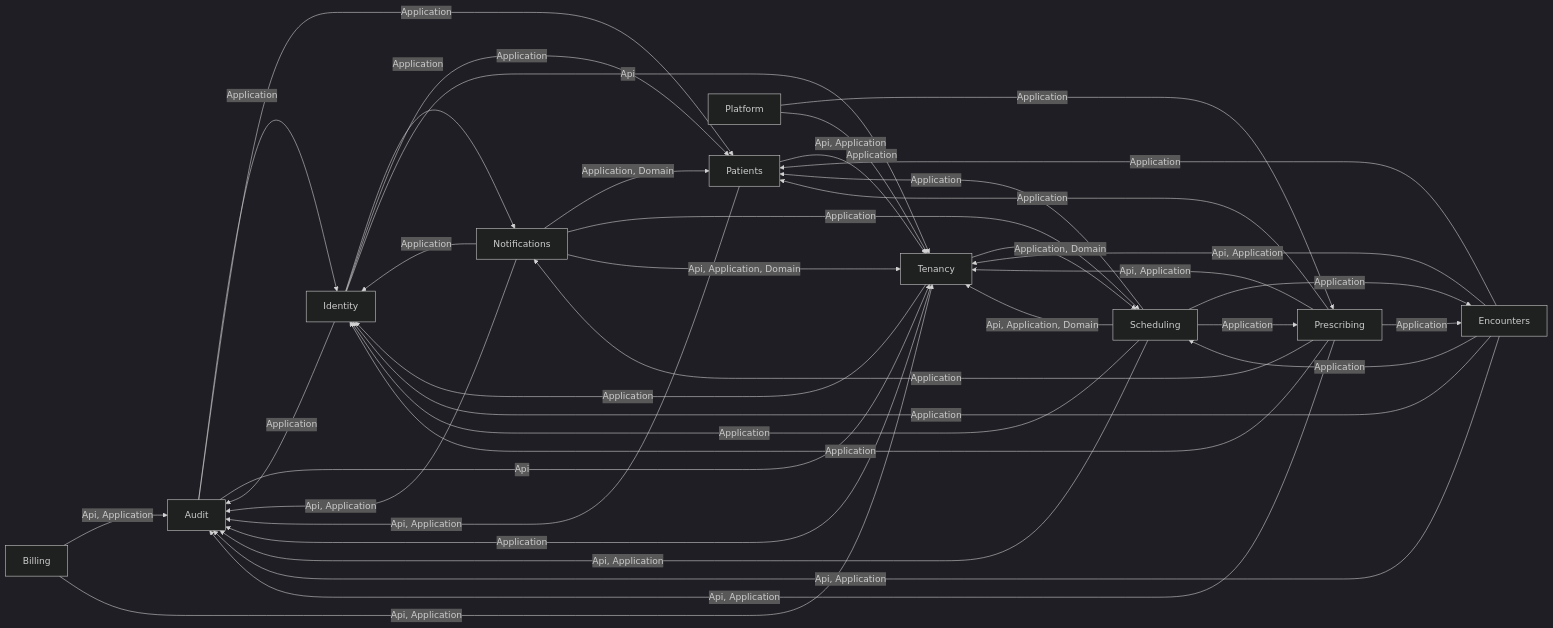
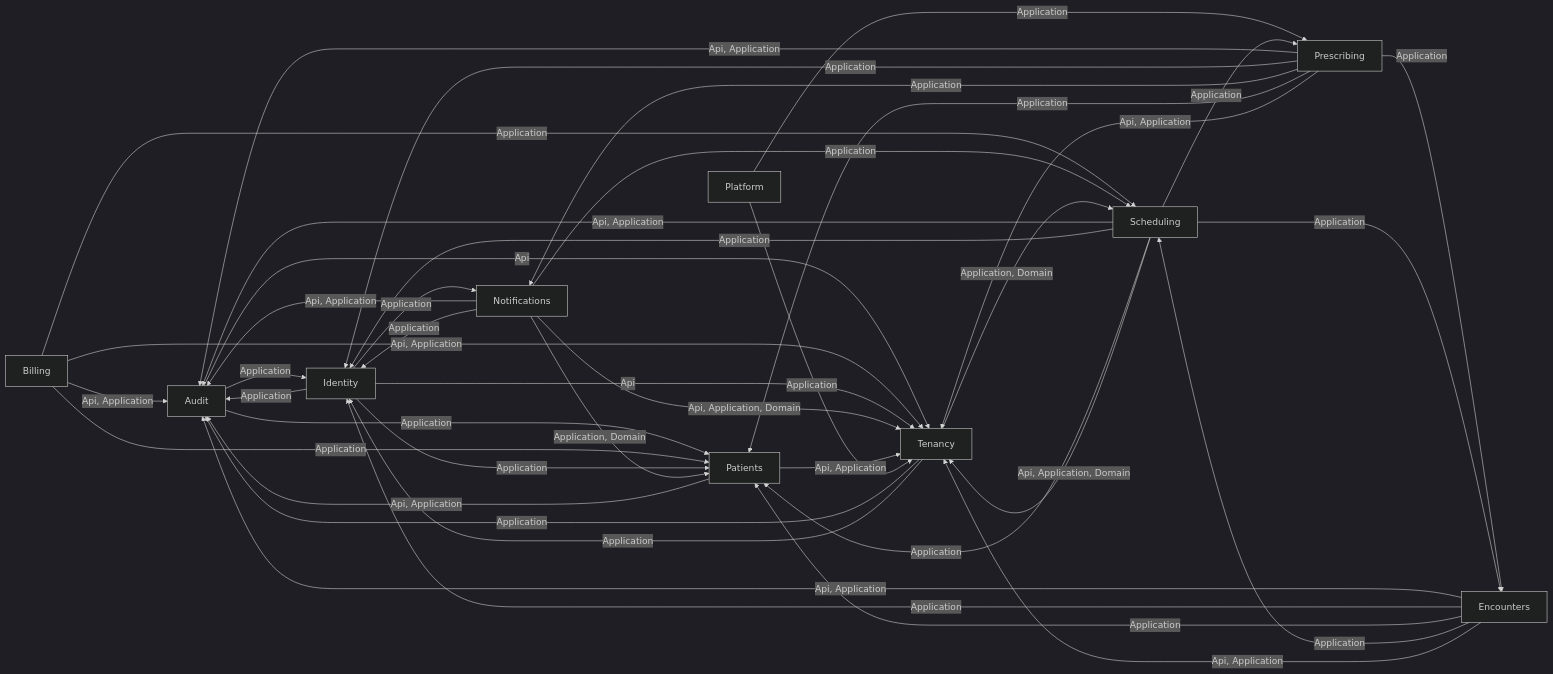
One commit to ALFRED-LUCIFER/medvya changed the second of 14 diagrams in docs/03-architecture/erd.md. Above: the diagram before and after it, drawn with Mermaid (dark theme). The commit also changed other lines of this file and 50 other files, not shown here.

````diff
--- a/docs/03-architecture/erd.md
+++ b/docs/03-architecture/erd.md
@@ -56,41 +56,43 @@
 ```mermaid
 flowchart LR
   Audit -->|"Application"| Identity
   Audit -->|"Application"| Patients
   Audit -->|"Api"| Tenancy
   Billing -->|"Api, Application"| Audit
+  Billing -->|"Application"| Patients
+  Billing -->|"Application"| Scheduling
   Billing -->|"Api, Application"| Tenancy
   Encounters -->|"Api, Application"| Audit
   Encounters -->|"Application"| Identity
   Encounters -->|"Application"| Patients
   Encounters -->|"Application"| Scheduling
   Encounters -->|"Api, Application"| Tenancy
   Identity -->|"Application"| Audit
   Identity -->|"Application"| Notifications
   Identity -->|"Application"| Patients
   Identity -->|"Api"| Tenancy
   Notifications -->|"Api, Application"| Audit
   Notifications -->|"Application"| Identity
   Notifications -->|"Application, Domain"| Patients
   Notifications -->|"Application"| Scheduling
   Notifications -->|"Api, Application, Domain"| Tenancy
   Patients -->|"Api, Application"| Audit
   Patients -->|"Api, Application"| Tenancy
   Platform -->|"Application"| Prescribing
   Platform -->|"Application"| Tenancy
   Prescribing -->|"Api, Application"| Audit
   Prescribing -->|"Application"| Encounters
   Prescribing -->|"Application"| Identity
   Prescribing -->|"Application"| Notifications
   Prescribing -->|"Application"| Patients
   Prescribing -->|"Api, Application"| Tenancy
   Scheduling -->|"Api, Application"| Audit
   Scheduling -->|"Application"| Encounters
   Scheduling -->|"Application"| Identity
   Scheduling -->|"Application"| Patients
   Scheduling -->|"Application"| Prescribing
   Scheduling -->|"Api, Application, Domain"| Tenancy
   Tenancy -->|"Application"| Audit
   Tenancy -->|"Application"| Identity
   Tenancy -->|"Application, Domain"| Scheduling
 ```
````
